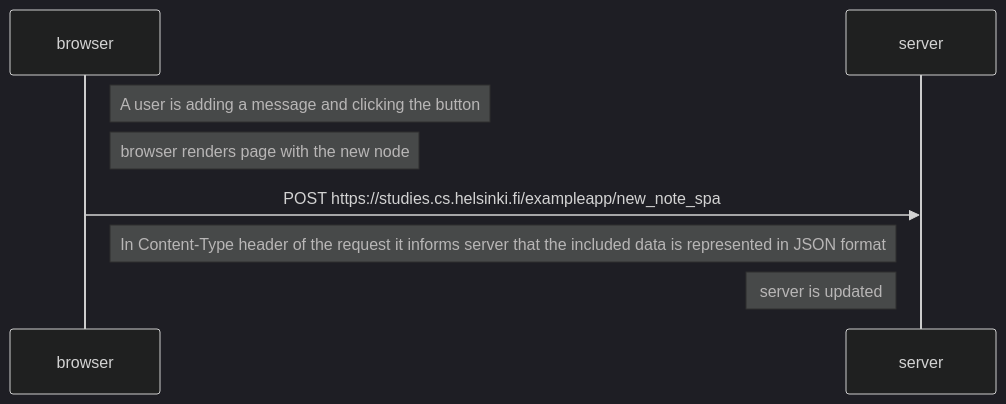
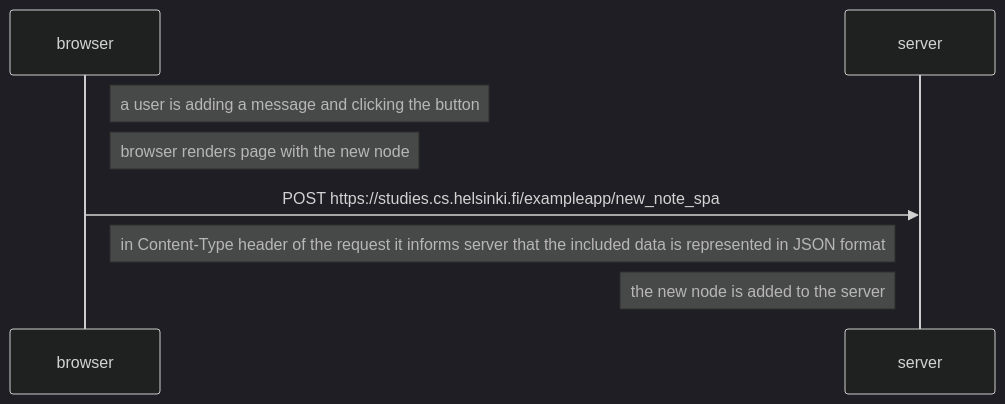
One commit to karolinakwasny/Full_Stack_open changed the diagram in part0/new_node_in_single_page_app_diagram.md. Above: the diagram before and after it, drawn with Mermaid (dark theme).

````diff
--- a/part0/new_node_in_single_page_app_diagram.md
+++ b/part0/new_node_in_single_page_app_diagram.md
@@ -1,16 +1,16 @@
 ```mermaid
 sequenceDiagram
     participant browser
     participant server
 
-    Note right of browser: A user is adding a message and clicking the button
+    Note right of browser: a user is adding a message and clicking the button
 
     Note right of browser: browser renders page with the new node
     browser->>server: POST https://studies.cs.helsinki.fi/exampleapp/new_note_spa
     activate server
 
-    Note right of browser: In Content-Type header of the request it informs server that the included data is represented in JSON format
+    Note right of browser: in Content-Type header of the request it informs server that the included data is represented in JSON format
 
-    Note left of server: server is updated
+    Note left of server: the new node is added to the server
 
 ```
````
